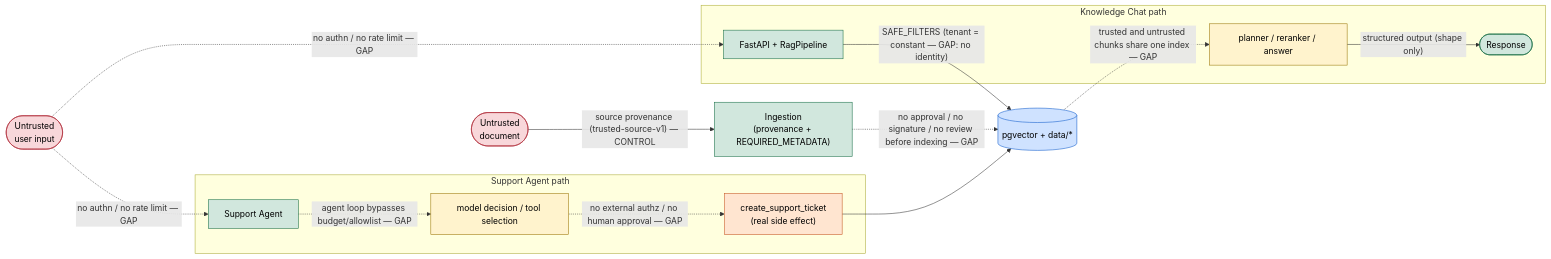
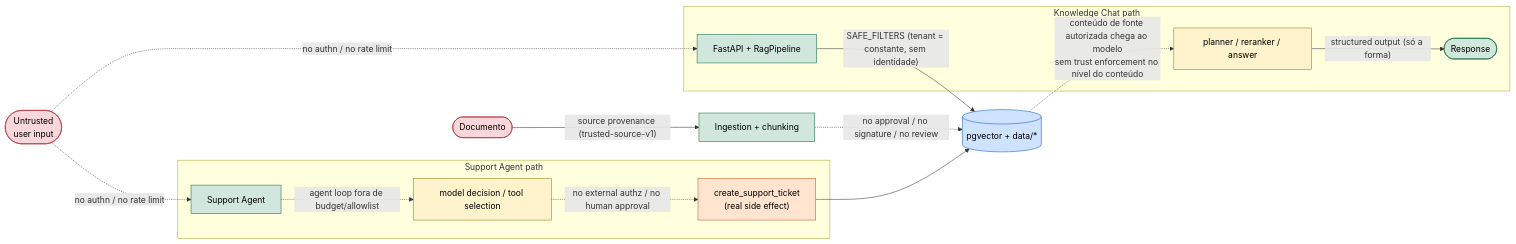
The fourth of 4 diagrams in docs/security-threat-model.md (james-freitas/mba-ia-rag-fullcycle), drawn with Mermaid before and after one commit. The commit also changed other lines of this file, not shown here.

````diff
--- a/docs/security-threat-model.md
+++ b/docs/security-threat-model.md
@@ -954,40 +815,40 @@
 ```mermaid
 flowchart LR
     U([Untrusted<br/>user input]):::untrusted
-    DOC([Untrusted<br/>document]):::untrusted
+    DOC([Documento]):::untrusted
 
     subgraph KC[Knowledge Chat path]
         KCAPP["FastAPI + RagPipeline"]:::trusted
         KCM["planner / reranker / answer"]:::model
         RESP([Response]):::trusted
     end
 
     subgraph AG[Support Agent path]
         AGAPP["Support Agent"]:::trusted
         AGM["model decision / tool selection"]:::model
         TOOL["create_support_ticket<br/>(real side effect)"]:::action
     end
 
-    ING["Ingestion<br/>(provenance + REQUIRED_METADATA)"]:::trusted
+    ING["Ingestion + chunking"]:::trusted
     VS[("pgvector + data/*")]:::data
 
-    U -.->|"no authn / no rate limit — GAP"| KCAPP
-    U -.->|"no authn / no rate limit — GAP"| AGAPP
+    U -.->|"no authn / no rate limit"| KCAPP
+    U -.->|"no authn / no rate limit"| AGAPP
 
-    DOC -->|"source provenance (trusted-source-v1) — CONTROL"| ING
-    ING -.->|"no approval / no signature / no review before indexing — GAP"| VS
+    DOC -->|"source provenance (trusted-source-v1)"| ING
+    ING -.->|"no approval / no signature / no review"| VS
 
-    KCAPP -->|"SAFE_FILTERS (tenant = constant — GAP: no identity)"| VS
-    VS -.->|"trusted and untrusted chunks share one index — GAP"| KCM
-    KCM -->|"structured output (shape only)"| RESP
+    KCAPP -->|"SAFE_FILTERS (tenant = constante, sem identidade)"| VS
+    VS -.->|"conteúdo de fonte autorizada chega ao modelo<br/>sem trust enforcement no nível do conteúdo"| KCM
+    KCM -->|"structured output (só a forma)"| RESP
 
-    AGAPP -.->|"agent loop bypasses budget/allowlist — GAP"| AGM
-    AGM -.->|"no external authz / no human approval — GAP"| TOOL
+    AGAPP -.->|"agent loop fora de budget/allowlist"| AGM
+    AGM -.->|"no external authz / no human approval"| TOOL
     TOOL --> VS
 
     classDef untrusted fill:#f8d7da,stroke:#b02a37,color:#000;
     classDef trusted fill:#d1e7dd,stroke:#146c43,color:#000;
     classDef model fill:#fff3cd,stroke:#997404,color:#000;
     classDef data fill:#cfe2ff,stroke:#0a58ca,color:#000;
     classDef action fill:#ffe5d0,stroke:#c4531f,color:#000;
 ```
````
